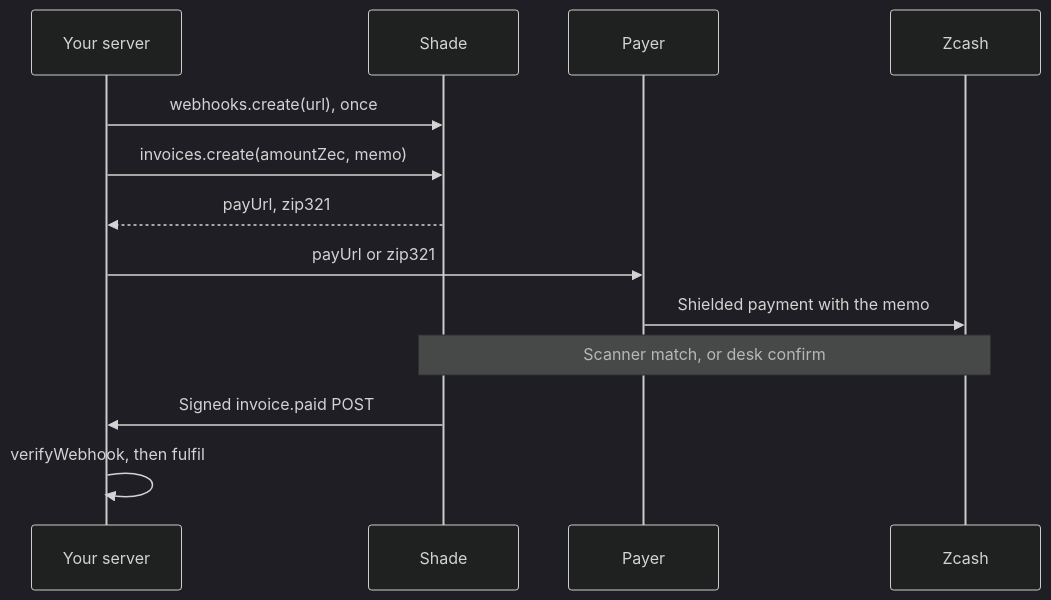
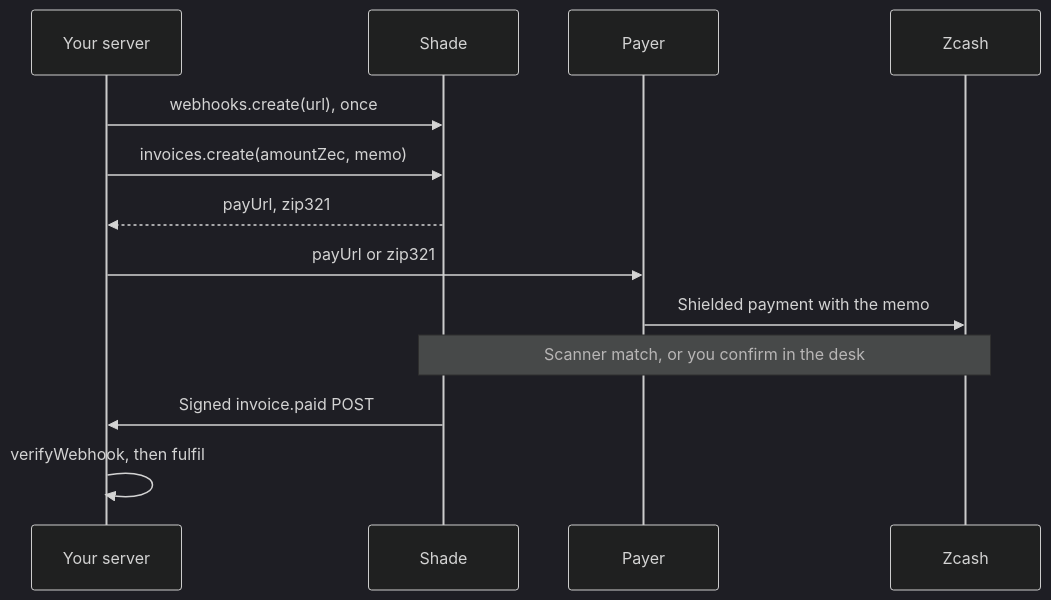
The first of 4 diagrams in backend/sdk/README.md (billi-x4/Shade), drawn with Mermaid (dark theme) before and after one commit. The commit also changed other lines of this file and 3 other files, not shown here.

````diff
--- a/backend/sdk/README.md
+++ b/backend/sdk/README.md
@@ -53,15 +51,15 @@
 ```mermaid
 sequenceDiagram
   participant A as Your server
   participant S as Shade
   participant P as Payer
   participant Z as Zcash
   A->>S: webhooks.create(url), once
   A->>S: invoices.create(amountZec, memo)
   S-->>A: payUrl, zip321
   A->>P: payUrl or zip321
   P->>Z: Shielded payment with the memo
-  Note over S,Z: Scanner match, or desk confirm
+  Note over S,Z: Scanner match, or you confirm in the desk
   S->>A: Signed invoice.paid POST
   A->>A: verifyWebhook, then fulfil
 ```
````
